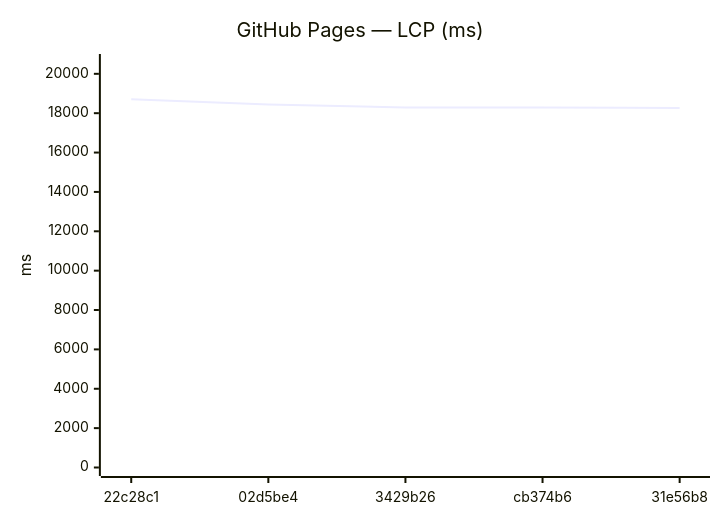
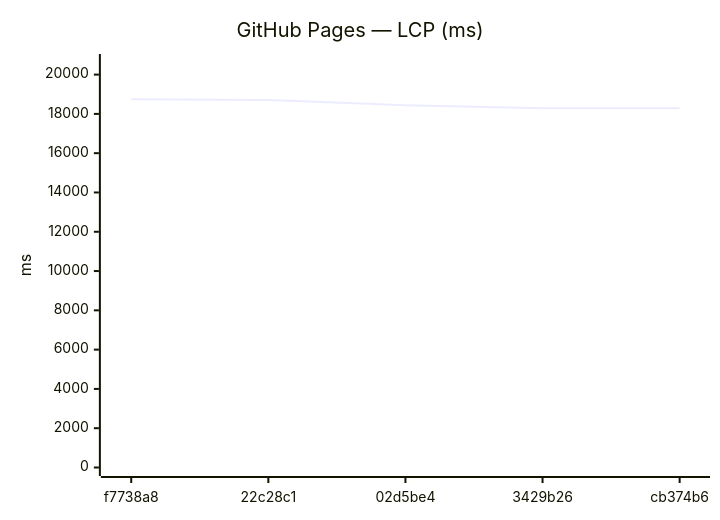
One commit to Metaheurist/Rianell changed the ninth of 18 diagrams in benchmarks/compare.md. Above: the diagram before and after it, drawn with Mermaid. The commit also changed other lines of this file and 11 other files, not shown here.

````diff
--- a/benchmarks/compare.md
+++ b/benchmarks/compare.md
@@ -142,7 +142,7 @@
 ```mermaid
 xychart-beta
     title "GitHub Pages — LCP (ms)"
-    x-axis ["22c28c1", "02d5be4", "3429b26", "cb374b6", "31e56b8"]
-    y-axis "ms" 0 --> 20575
-    line [18704, 18438, 18287, 18290, 18265]
+    x-axis ["f7738a8", "22c28c1", "02d5be4", "3429b26", "cb374b6"]
+    y-axis "ms" 0 --> 20616
+    line [18741, 18704, 18438, 18287, 18290]
 ```
````
